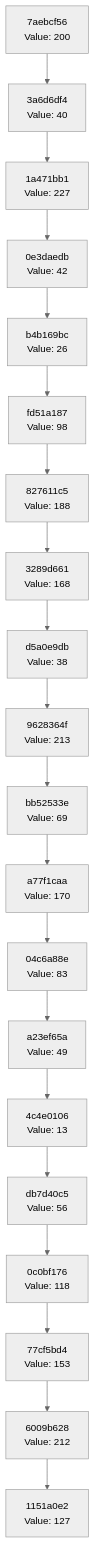
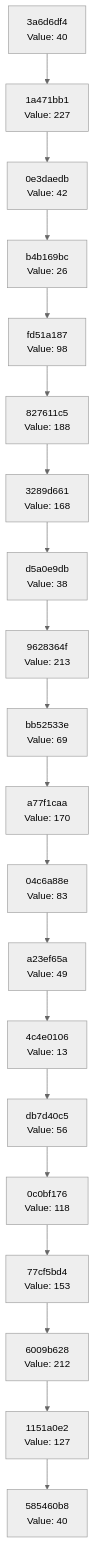
Before and after one commit to Abhisheksinha1506/hash-chain-evolver: the diagram in docs/CHAIN_VISUALIZATION.md, drawn with Mermaid (neutral theme). The commit also changed 3 other files, not shown here.

````diff
--- a/docs/CHAIN_VISUALIZATION.md
+++ b/docs/CHAIN_VISUALIZATION.md
@@ -3,42 +3,42 @@
 ```mermaid
 graph TD
-    C0["1151a0e2<br/>Value: 127"]
-    C1["6009b628<br/>Value: 212"]
+    C0["585460b8<br/>Value: 40"]
+    C1["1151a0e2<br/>Value: 127"]
     C1 --> C0
-    C2["77cf5bd4<br/>Value: 153"]
+    C2["6009b628<br/>Value: 212"]
     C2 --> C1
-    C3["0c0bf176<br/>Value: 118"]
+    C3["77cf5bd4<br/>Value: 153"]
     C3 --> C2
-    C4["db7d40c5<br/>Value: 56"]
+    C4["0c0bf176<br/>Value: 118"]
     C4 --> C3
-    C5["4c4e0106<br/>Value: 13"]
+    C5["db7d40c5<br/>Value: 56"]
     C5 --> C4
-    C6["a23ef65a<br/>Value: 49"]
+    C6["4c4e0106<br/>Value: 13"]
     C6 --> C5
-    C7["04c6a88e<br/>Value: 83"]
+    C7["a23ef65a<br/>Value: 49"]
     C7 --> C6
-    C8["a77f1caa<br/>Value: 170"]
+    C8["04c6a88e<br/>Value: 83"]
     C8 --> C7
-    C9["bb52533e<br/>Value: 69"]
+    C9["a77f1caa<br/>Value: 170"]
     C9 --> C8
-    C10["9628364f<br/>Value: 213"]
+    C10["bb52533e<br/>Value: 69"]
     C10 --> C9
-    C11["d5a0e9db<br/>Value: 38"]
+    C11["9628364f<br/>Value: 213"]
     C11 --> C10
-    C12["3289d661<br/>Value: 168"]
+    C12["d5a0e9db<br/>Value: 38"]
     C12 --> C11
-    C13["827611c5<br/>Value: 188"]
+    C13["3289d661<br/>Value: 168"]
     C13 --> C12
-    C14["fd51a187<br/>Value: 98"]
+    C14["827611c5<br/>Value: 188"]
     C14 --> C13
-    C15["b4b169bc<br/>Value: 26"]
+    C15["fd51a187<br/>Value: 98"]
     C15 --> C14
-    C16["0e3daedb<br/>Value: 42"]
+    C16["b4b169bc<br/>Value: 26"]
     C16 --> C15
-    C17["1a471bb1<br/>Value: 227"]
+    C17["0e3daedb<br/>Value: 42"]
     C17 --> C16
-    C18["3a6d6df4<br/>Value: 40"]
+    C18["1a471bb1<br/>Value: 227"]
     C18 --> C17
-    C19["7aebcf56<br/>Value: 200"]
+    C19["3a6d6df4<br/>Value: 40"]
     C19 --> C18
 ```
````
